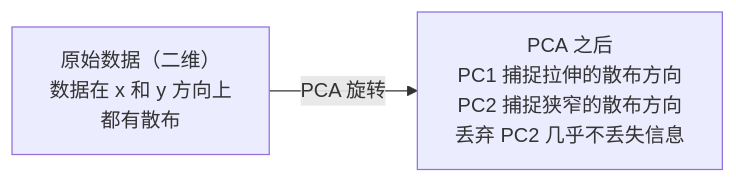
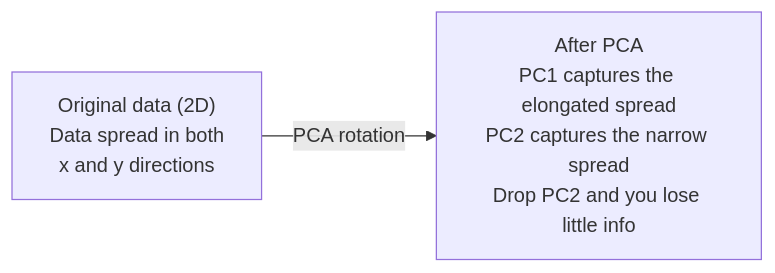
The diagram in i18n/zh/phases/01-math-foundations/10-dimensionality-reduction/docs/zh.md (xiaojiaenen/ai-engineering-from-scratch-zh), drawn with Mermaid before and after one commit. The commit also changed other lines of this file and 22 other files, not shown here.

````diff
--- a/i18n/zh/phases/01-math-foundations/10-dimensionality-reduction/docs/zh.md
+++ b/i18n/zh/phases/01-math-foundations/10-dimensionality-reduction/docs/zh.md
@@ -61,4 +61,4 @@
 ```mermaid
 graph LR
-    A["原始数据（二维）\n数据在 x 和 y 方向上\n都有散布"] -->|"PCA 旋转"| B["PCA 之后\nPC1 捕捉拉伸的散布方向\nPC2 捕捉狭窄的散布方向\n丢弃 PC2 几乎不丢失信息"]
+    A["Original data (2D)\nData spread in both\nx and y directions"] -->|"PCA rotation"| B["After PCA\nPC1 captures the elongated spread\nPC2 captures the narrow spread\nDrop PC2 and you lose little info"]
 ```
````
